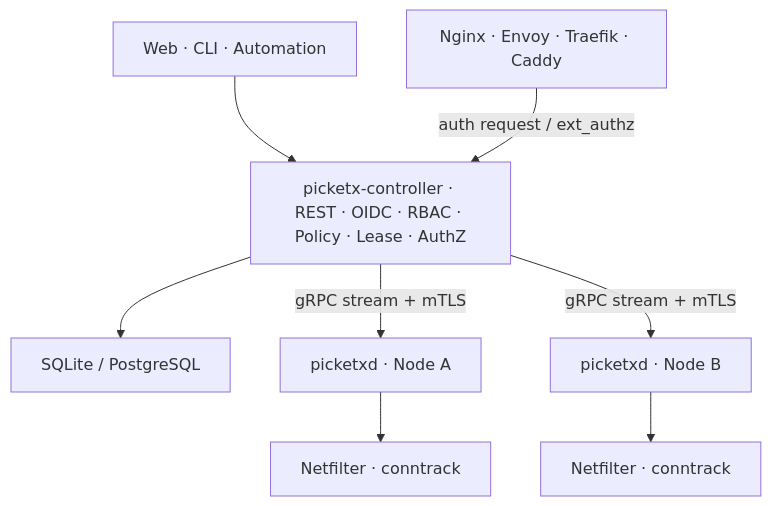
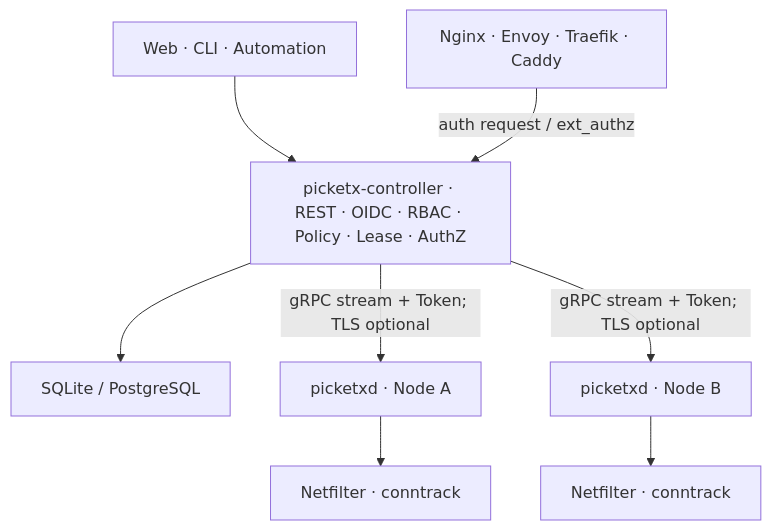
The first of 5 diagrams in docs/ARCHITECTURE.md (PicketX/PicketX), drawn with Mermaid before and after one commit. The commit also changed other lines of this file and 18 other files, not shown here.

````diff
--- a/docs/ARCHITECTURE.md
+++ b/docs/ARCHITECTURE.md
@@ -159,10 +164,10 @@
 ```mermaid
 flowchart TB
     Clients["Web · CLI · Automation"] --> Controller["picketx-controller · REST · OIDC · RBAC · Policy · Lease · AuthZ"]
     Controller --> DB["SQLite / PostgreSQL"]
-    Controller -->|"gRPC stream + mTLS"| AgentA["picketxd · Node A"]
-    Controller -->|"gRPC stream + mTLS"| AgentB["picketxd · Node B"]
+    Controller -->|"gRPC stream + Token; TLS optional"| AgentA["picketxd · Node A"]
+    Controller -->|"gRPC stream + Token; TLS optional"| AgentB["picketxd · Node B"]
     AgentA --> KernelA["Netfilter · conntrack"]
     AgentB --> KernelB["Netfilter · conntrack"]
     Proxies["Nginx · Envoy · Traefik · Caddy"] -->|"auth request / ext_authz"| Controller
 ```
````
